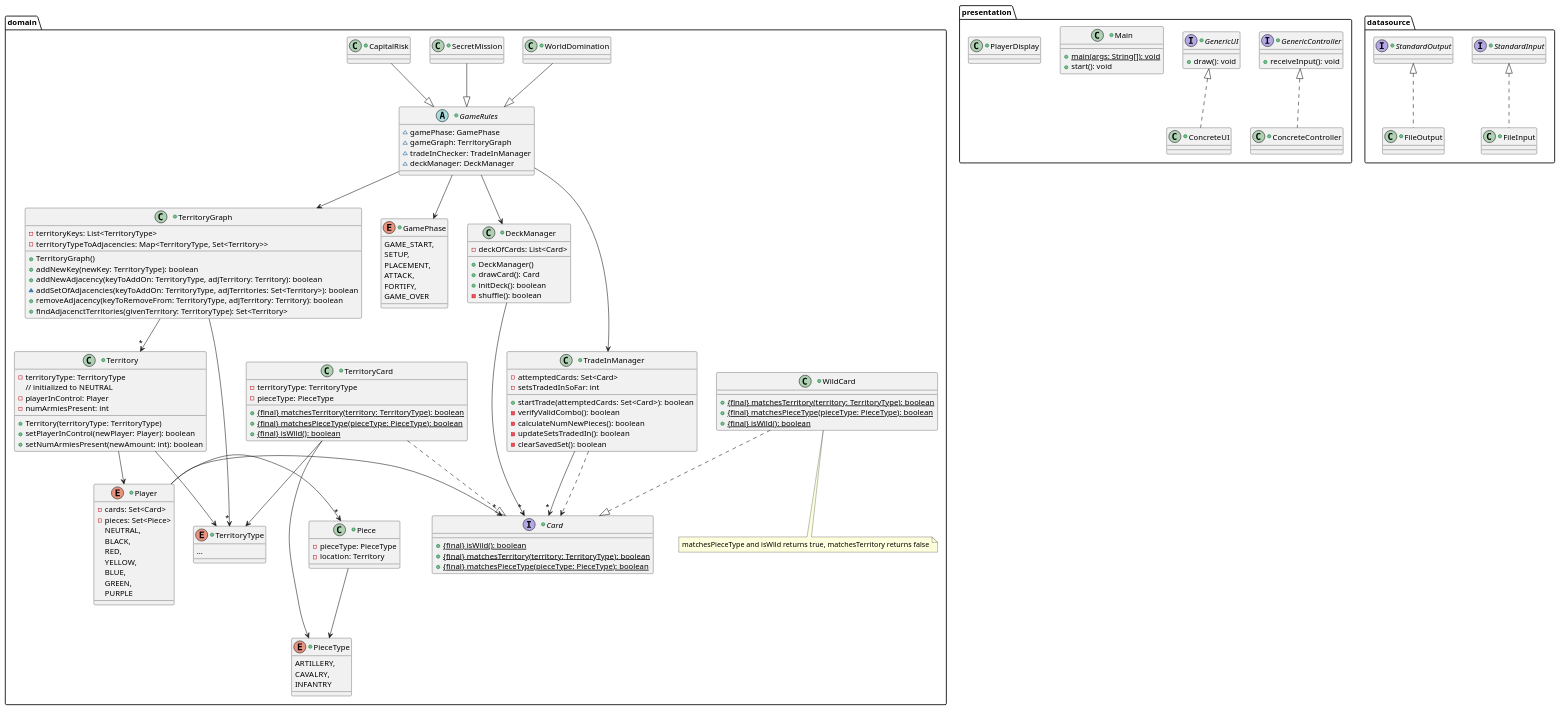
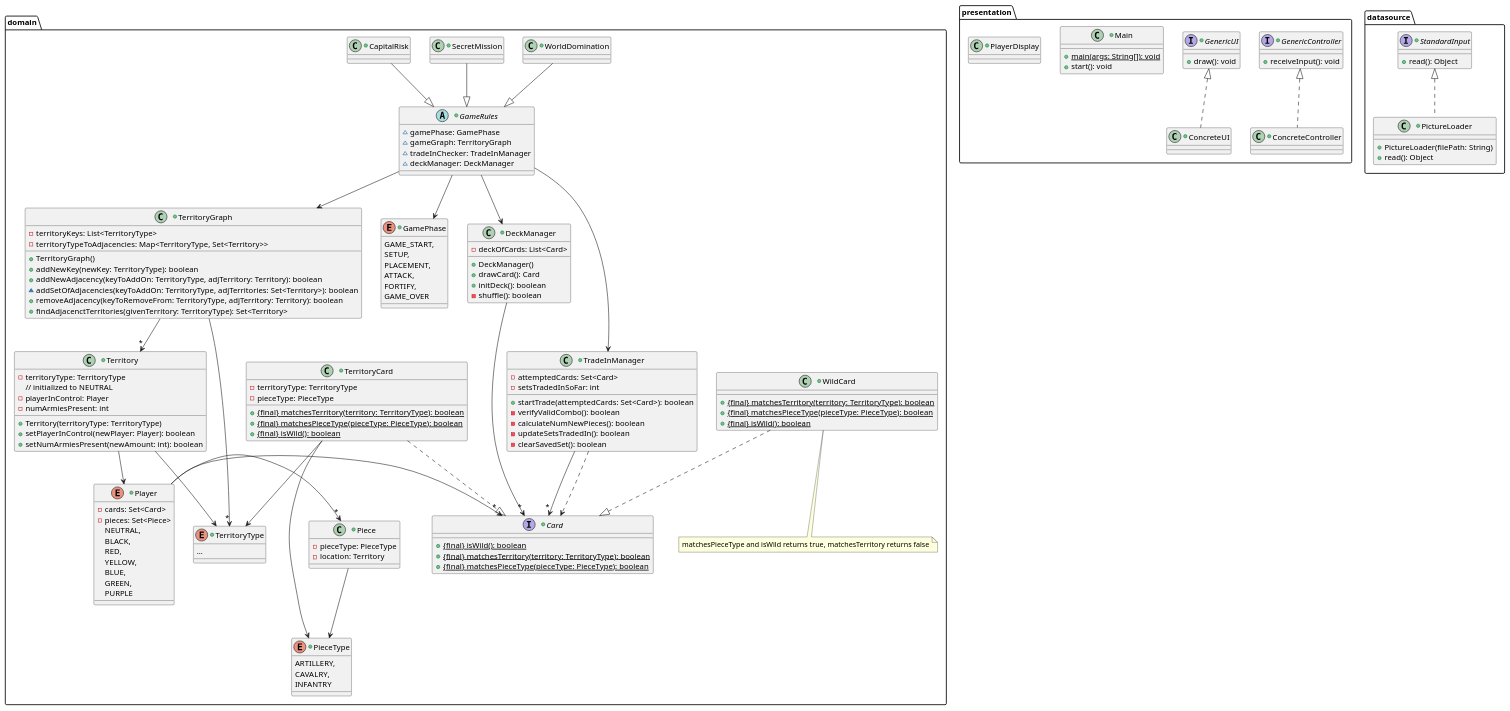
Before and after one commit to wynessgp/sqa-risk-recreation: the diagram in docs/design/classes.puml, drawn with PlantUML.

Commit message:
Update datasource package

```diff
--- a/docs/design/classes.puml
+++ b/docs/design/classes.puml
@@ -187,25 +187,16 @@
 }
 
 package datasource {
-    +interface StandardOutput {
-
+    +interface StandardInput {
+        +read(): Object
     }
 
-    +class FileOutput {
-
+    +class PictureLoader {
+        +PictureLoader(filePath: String)
+        +read(): Object
     }
 
-    FileOutput .u.|> StandardOutput
-
-    +interface StandardInput {
-
-    }
-
-    +class FileInput {
-
-    }
-
-    FileInput .u.|> StandardInput
+    PictureLoader .u.|> StandardInput
 }
 
 @enduml
```
